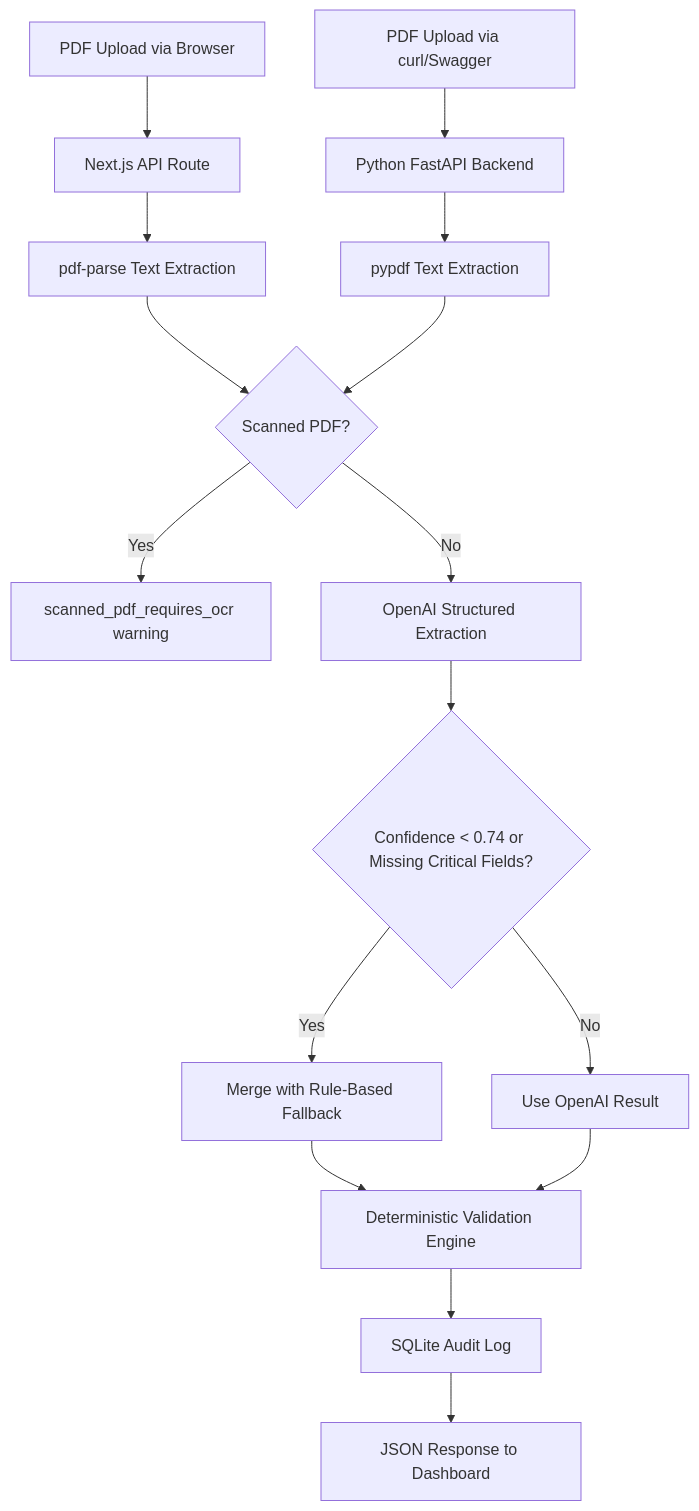
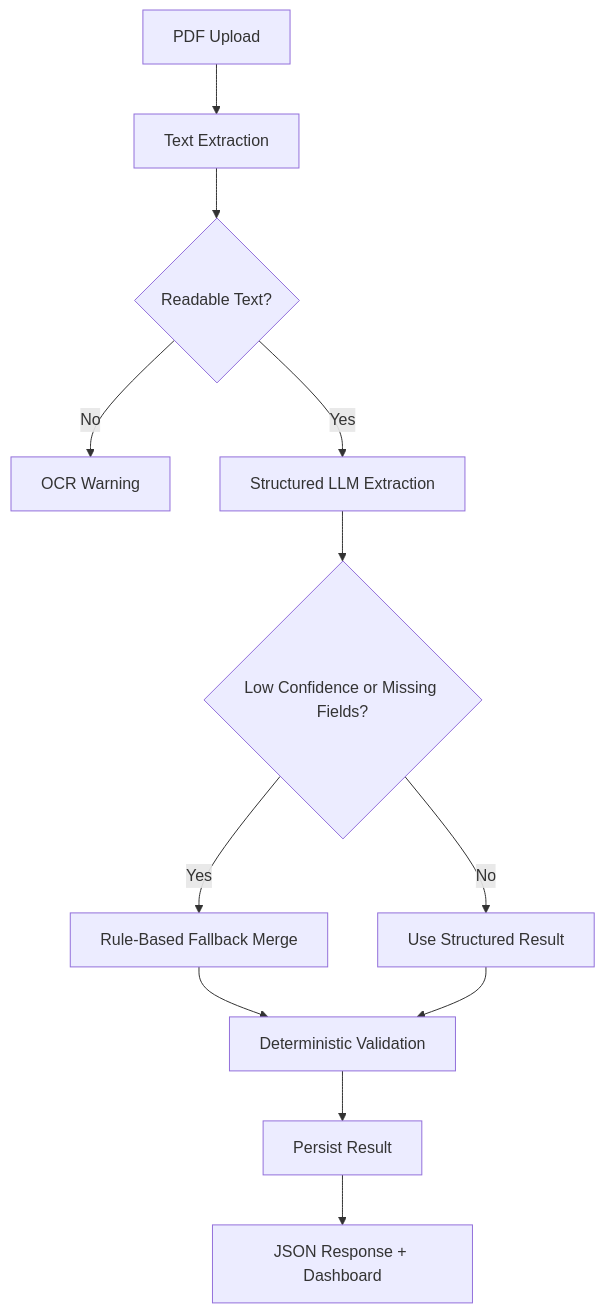
Before and after one commit to faiazyen/document-ai-processing-pipeline: the diagram in README.md, drawn with Mermaid. The commit also changed other lines of this file and 28 other files, not shown here.

````diff
--- a/README.md
+++ b/README.md
@@ -15,19 +13,14 @@
 ```mermaid
 graph TD
-    A[PDF Upload via Browser] --> B[Next.js API Route]
-    B --> C[pdf-parse Text Extraction]
-    C --> D{Scanned PDF?}
-    D -- Yes --> E[scanned_pdf_requires_ocr warning]
-    D -- No --> F[OpenAI Structured Extraction]
-    F --> G{Confidence < 0.74 or Missing Critical Fields?}
-    G -- Yes --> H[Merge with Rule-Based Fallback]
-    G -- No --> I[Use OpenAI Result]
-    H --> J[Deterministic Validation Engine]
-    I --> J
-    J --> K[SQLite Audit Log]
-    K --> L[JSON Response to Dashboard]
-
-    M[PDF Upload via curl/Swagger] --> N[Python FastAPI Backend]
-    N --> O[pypdf Text Extraction]
-    O --> D
+    A[PDF Upload] --> B[Text Extraction]
+    B --> C{Readable Text?}
+    C -- No --> D[OCR Warning]
+    C -- Yes --> E[Structured LLM Extraction]
+    E --> F{Low Confidence or Missing Fields?}
+    F -- Yes --> G[Rule-Based Fallback Merge]
+    F -- No --> H[Use Structured Result]
+    G --> I[Deterministic Validation]
+    H --> I
+    I --> J[Persist Result]
+    J --> K[JSON Response + Dashboard]
 ```
````
